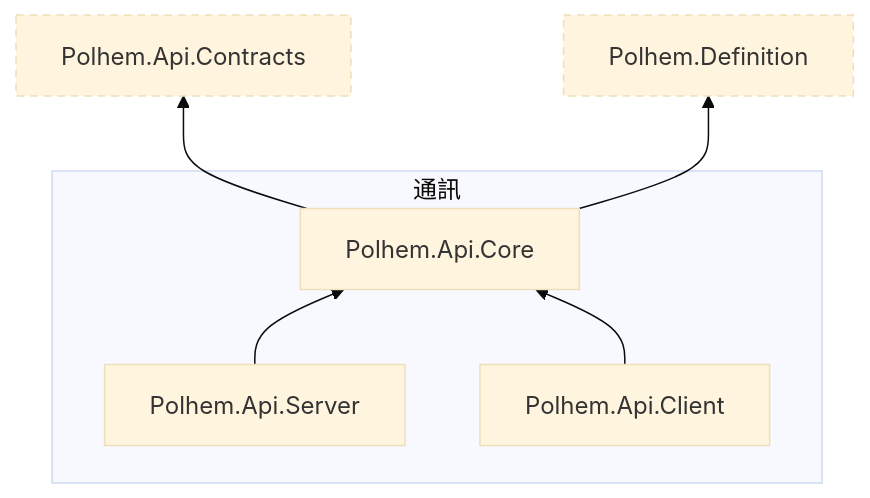
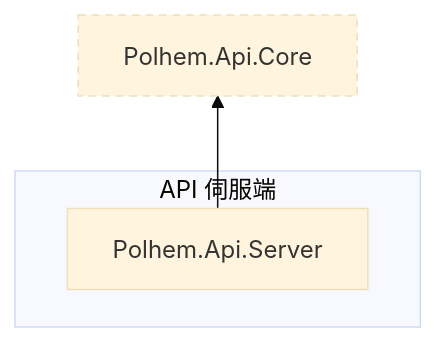
The fifth of 10 diagrams in docs/zh-TW/architecture/dependency-map.md (polhem-dev/polhem), drawn with Mermaid (base theme) before and after one commit. The commit also changed other lines of this file and 1 other file, not shown here.

First line of the commit message:
Group the dependency map's areas into shared, server side and client side (#309)

````diff
--- a/docs/zh-TW/architecture/dependency-map.md
+++ b/docs/zh-TW/architecture/dependency-map.md
@@ -102,17 +132,11 @@
 ```mermaid
 graph BT
-  subgraph Wire ["通訊"]
-    Core["Polhem.Api.Core"]
+  subgraph ApiServer ["API 伺服端"]
     Server["Polhem.Api.Server"]
-    Client["Polhem.Api.Client"]
   end
-  Definition["Polhem.Definition"]:::other
-  Contracts["Polhem.Api.Contracts"]:::other
+  Core["Polhem.Api.Core"]:::other
 
-  Core --> Contracts
-  Core --> Definition
   Server --> Core
-  Client --> Core
 
   classDef other stroke-dasharray: 5 4
 ```
````
